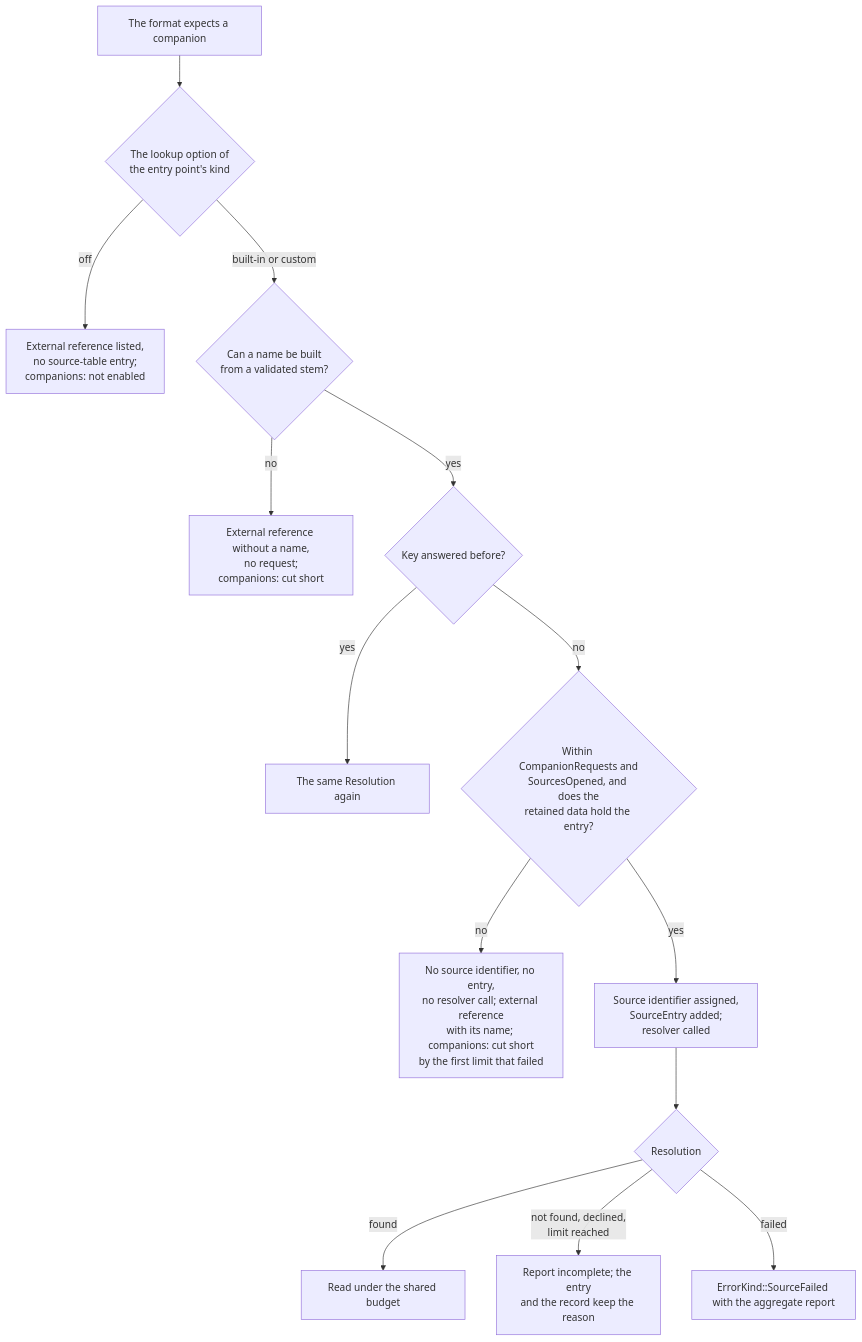
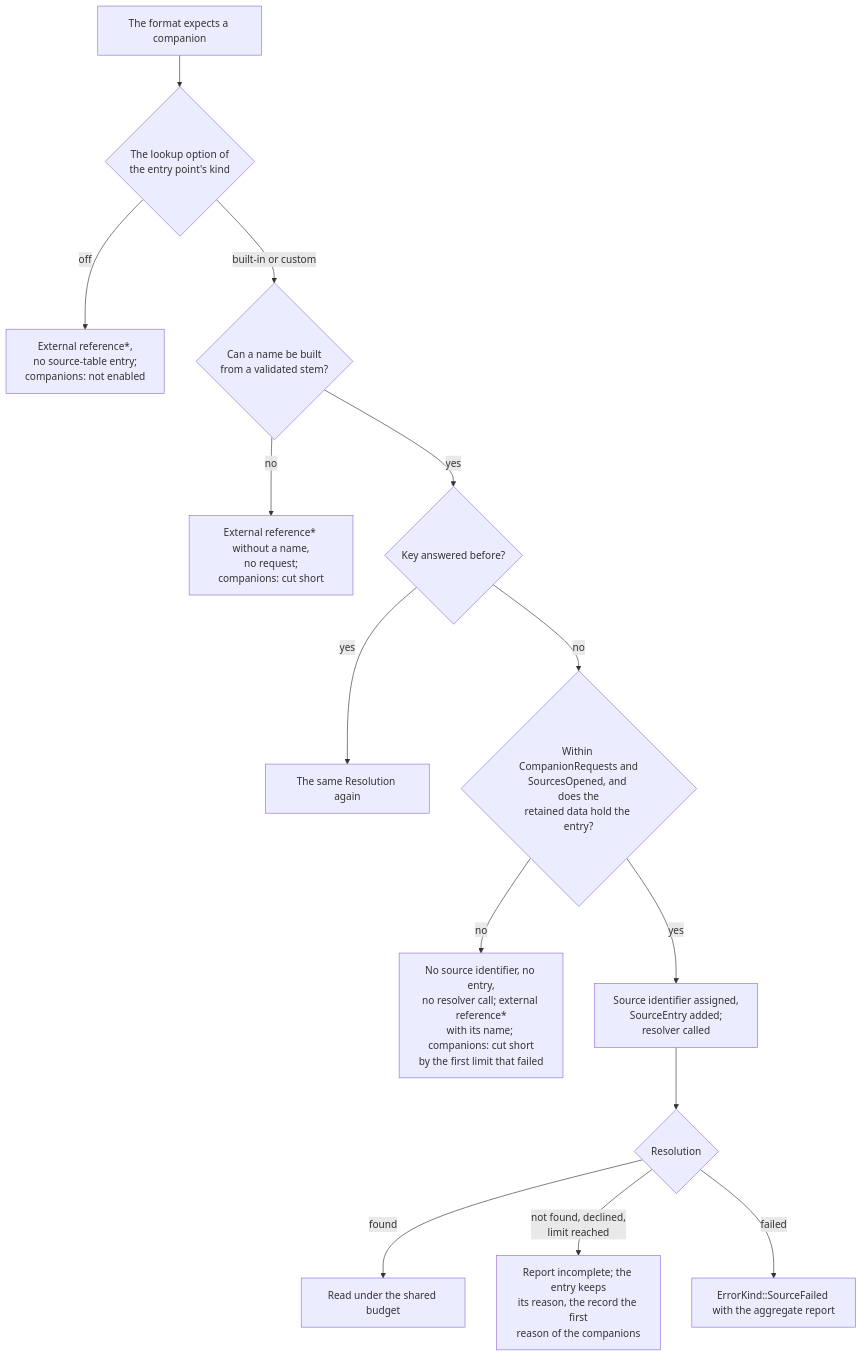
One commit to caoccao/cc-media-probe changed the second of 2 diagrams in docs/design/api.md. Above: the diagram before and after it, drawn with Mermaid. The commit also changed other lines of this file and 31 other files, not shown here.

````diff
--- a/docs/design/api.md
+++ b/docs/design/api.md
@@ -1328,16 +1469,16 @@
 ```mermaid
 flowchart TD
   X["The format expects a companion"] --> EN{"The lookup option of<br/>the entry point's kind"}
-  EN -->|off| NE["External reference listed,<br/>no source-table entry;<br/>companions: not enabled"]
+  EN -->|off| NE["External reference*,<br/>no source-table entry;<br/>companions: not enabled"]
   EN -->|"built-in or custom"| NM{"Can a name be built<br/>from a validated stem?"}
-  NM -->|no| NN["External reference without a name,<br/>no request;<br/>companions: cut short"]
+  NM -->|no| NN["External reference* without a name,<br/>no request;<br/>companions: cut short"]
   NM -->|yes| K{"Key answered before?"}
   K -->|yes| SAME["The same Resolution again"]
   K -->|no| LIM{"Within CompanionRequests and<br/>SourcesOpened, and does the<br/>retained data hold the entry?"}
-  LIM -->|no| LR["No source identifier, no entry,<br/>no resolver call; external reference<br/>with its name; companions: cut short<br/>by the first limit that failed"]
+  LIM -->|no| LR["No source identifier, no entry,<br/>no resolver call; external reference*<br/>with its name; companions: cut short<br/>by the first limit that failed"]
   LIM -->|yes| REQ["Source identifier assigned,<br/>SourceEntry added;<br/>resolver called"]
   REQ --> RES{"Resolution"}
   RES -->|found| READ["Read under the shared budget"]
-  RES -->|"not found, declined,<br/>limit reached"| INC["Report incomplete; the entry<br/>and the record keep the reason"]
+  RES -->|"not found, declined,<br/>limit reached"| INC["Report incomplete; the entry keeps<br/>its reason, the record the first<br/>reason of the companions"]
   RES -->|failed| ERR["ErrorKind::SourceFailed with the aggregate report"]
 ```
````
